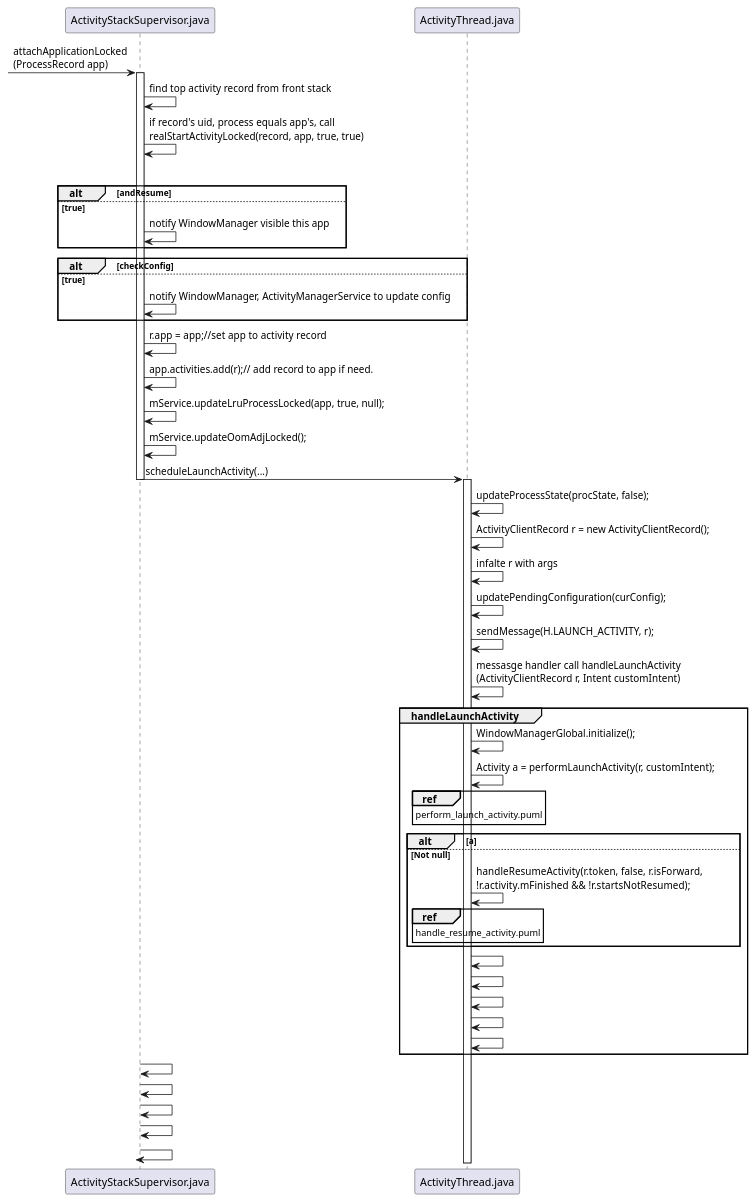
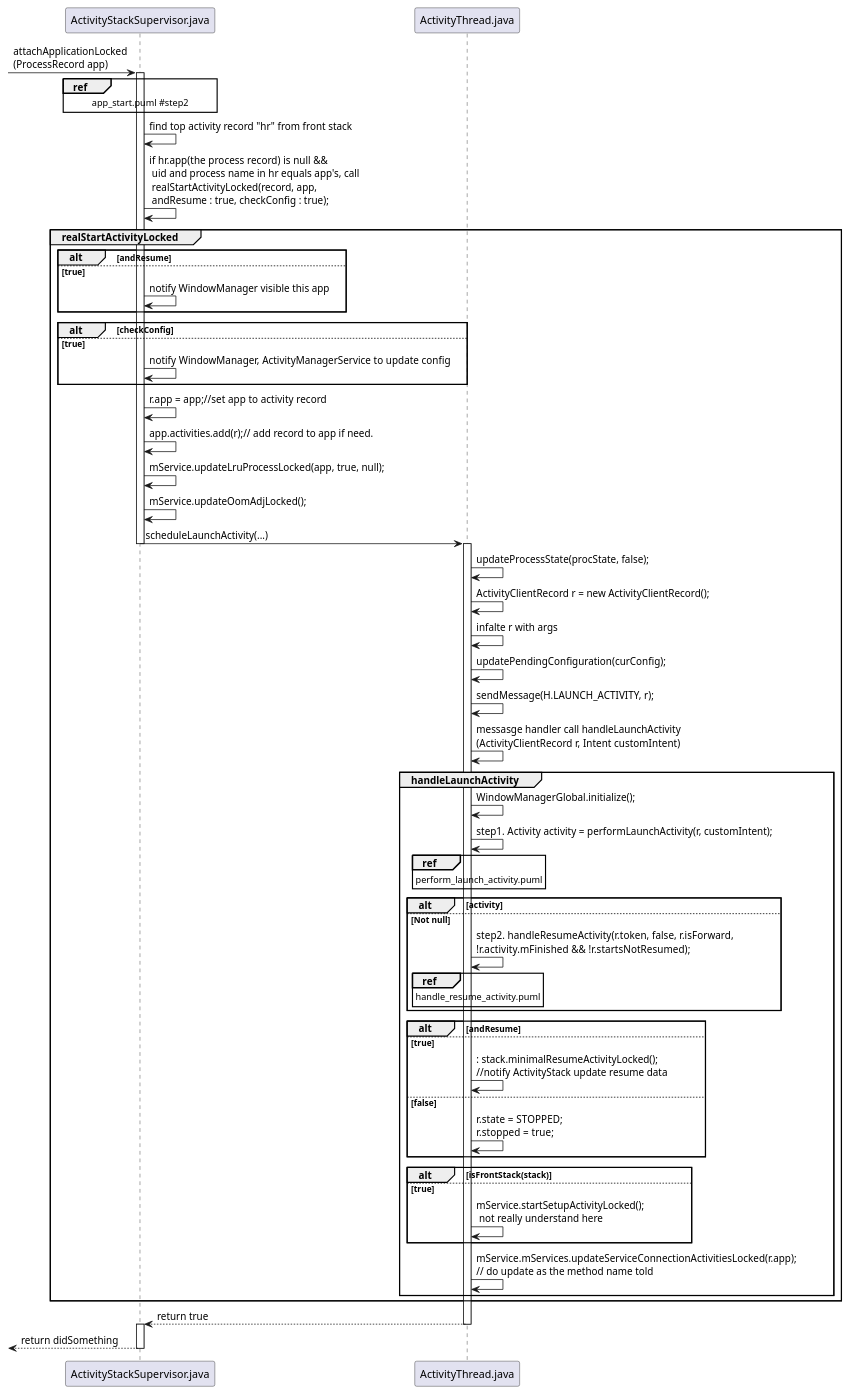
The diagram in uml/7_app_start/activity_supervisor_attach_application.puml (heavy-james/AndroidStartSequence), drawn with PlantUML before and after one commit. The commit also changed 8 other files, not shown here.

Commit message:
complete activity start umls

```diff
--- a/uml/7_app_start/activity_supervisor_attach_application.puml
+++ b/uml/7_app_start/activity_supervisor_attach_application.puml
@@ -1,97 +1,105 @@
 @startuml
 participant ActivityStackSupervisor as "ActivityStackSupervisor.java"
 
 participant ActivityThread as "ActivityThread.java"
 
 -> ActivityStackSupervisor : attachApplicationLocked\
 \n(ProcessRecord app)
 
-
+ref over ActivityStackSupervisor : app_start.puml #step2
 
 activate ActivityStackSupervisor
-ActivityStackSupervisor -> ActivityStackSupervisor : find top activity record from front stack
+ActivityStackSupervisor -> ActivityStackSupervisor : find top activity record "hr" from front stack
 
-ActivityStackSupervisor -> ActivityStackSupervisor : if record's uid, process equals app's, call\
-\nrealStartActivityLocked(record, app, true, true)
+ActivityStackSupervisor -> ActivityStackSupervisor : if hr.app(the process record) is null &&\
+ \n uid and process name in hr equals app's, call\
+\n realStartActivityLocked(record, app,\
+\n andResume : true, checkConfig : true);
 
 group realStartActivityLocked
 
-alt andResume
-else true
-    ActivityStackSupervisor -> ActivityStackSupervisor : notify WindowManager visible this app
-end
-
-alt checkConfig
-else true
-    ActivityStackSupervisor -> ActivityStackSupervisor : notify WindowManager, ActivityManagerService to update config
-end
-
-ActivityStackSupervisor -> ActivityStackSupervisor : r.app = app;//set app to activity record
-
-ActivityStackSupervisor -> ActivityStackSupervisor : app.activities.add(r);// add record to app if need.
-
-ActivityStackSupervisor -> ActivityStackSupervisor : mService.updateLruProcessLocked(app, true, null);
-
-ActivityStackSupervisor -> ActivityStackSupervisor : mService.updateOomAdjLocked();
-
-ActivityStackSupervisor -> ActivityThread : scheduleLaunchActivity(...)
-
-deactivate ActivityStackSupervisor
-activate ActivityThread
-
-ActivityThread -> ActivityThread: updateProcessState(procState, false);
-
-ActivityThread -> ActivityThread: ActivityClientRecord r = new ActivityClientRecord();
-
-ActivityThread -> ActivityThread: infalte r with args
-
-ActivityThread -> ActivityThread: updatePendingConfiguration(curConfig);
-
-ActivityThread -> ActivityThread: sendMessage(H.LAUNCH_ACTIVITY, r);
-
-ActivityThread -> ActivityThread: messasge handler call handleLaunchActivity\
-\n(ActivityClientRecord r, Intent customIntent)
-
-group handleLaunchActivity
-
-    ActivityThread -> ActivityThread: WindowManagerGlobal.initialize();
-
-    ActivityThread -> ActivityThread: Activity a = performLaunchActivity(r, customIntent);
-
-    ref over ActivityThread : perform_launch_activity.puml
-
-    alt a
-    else Not null
-        ActivityThread -> ActivityThread: handleResumeActivity(r.token, false, r.isForward,\
-        \n!r.activity.mFinished && !r.startsNotResumed);
-
-        ref over ActivityThread : handle_resume_activity.puml
+    alt andResume
+    else true
+        ActivityStackSupervisor -> ActivityStackSupervisor : notify WindowManager visible this app
     end
 
+    alt checkConfig
+    else true
+        ActivityStackSupervisor -> ActivityStackSupervisor : notify WindowManager, ActivityManagerService to update config
+    end
 
-    ActivityThread -> ActivityThread:
+    ActivityStackSupervisor -> ActivityStackSupervisor : r.app = app;//set app to activity record
 
-    ActivityThread -> ActivityThread:
+    ActivityStackSupervisor -> ActivityStackSupervisor : app.activities.add(r);// add record to app if need.
 
-    ActivityThread -> ActivityThread:
+    ActivityStackSupervisor -> ActivityStackSupervisor : mService.updateLruProcessLocked(app, true, null);
 
-    ActivityThread -> ActivityThread:
+    ActivityStackSupervisor -> ActivityStackSupervisor : mService.updateOomAdjLocked();
 
-    ActivityThread -> ActivityThread:
+    ActivityStackSupervisor -> ActivityThread : scheduleLaunchActivity(...)
+
+    deactivate ActivityStackSupervisor
+    activate ActivityThread
+
+    ActivityThread -> ActivityThread: updateProcessState(procState, false);
+
+    ActivityThread -> ActivityThread: ActivityClientRecord r = new ActivityClientRecord();
+
+    ActivityThread -> ActivityThread: infalte r with args
+
+    ActivityThread -> ActivityThread: updatePendingConfiguration(curConfig);
+
+    ActivityThread -> ActivityThread: sendMessage(H.LAUNCH_ACTIVITY, r);
+
+    ActivityThread -> ActivityThread: messasge handler call handleLaunchActivity\
+    \n(ActivityClientRecord r, Intent customIntent)
+
+    group handleLaunchActivity
+
+        ActivityThread -> ActivityThread: WindowManagerGlobal.initialize();
+
+        ActivityThread -> ActivityThread: step1. Activity activity = performLaunchActivity(r, customIntent);
+
+        ref over ActivityThread : perform_launch_activity.puml
+
+        alt activity
+        else Not null
+            ActivityThread -> ActivityThread: step2. handleResumeActivity(r.token, false, r.isForward,\
+            \n!r.activity.mFinished && !r.startsNotResumed);
+
+            ref over ActivityThread : handle_resume_activity.puml
+        end
+
+        alt andResume
+        else true
+            ActivityThread -> ActivityThread: : stack.minimalResumeActivityLocked();\
+            \n//notify ActivityStack update resume data
+        else false
+            ActivityThread -> ActivityThread: r.state = STOPPED; \
+            \nr.stopped = true;
+        end
+
+        alt isFrontStack(stack)
+        else true
+            ActivityThread -> ActivityThread: mService.startSetupActivityLocked();\
+            \n not really understand here
+        end
+
+
+        ActivityThread -> ActivityThread: mService.mServices.updateServiceConnectionActivitiesLocked(r.app);\
+        \n// do update as the method name told
+
+    end
 
 end
 
+ActivityThread --> ActivityStackSupervisor : return true
 
-ActivityStackSupervisor -> ActivityStackSupervisor :
+deactivate ActivityThread
+activate ActivityStackSupervisor
 
-ActivityStackSupervisor -> ActivityStackSupervisor :
-
-ActivityStackSupervisor -> ActivityStackSupervisor :
-
-ActivityStackSupervisor -> ActivityStackSupervisor :
-
-ActivityStackSupervisor -> ActivityStackSupervisor :
+<-- ActivityStackSupervisor : return didSomething
 
 deactivate ActivityStackSupervisor
 
 @enduml
```
